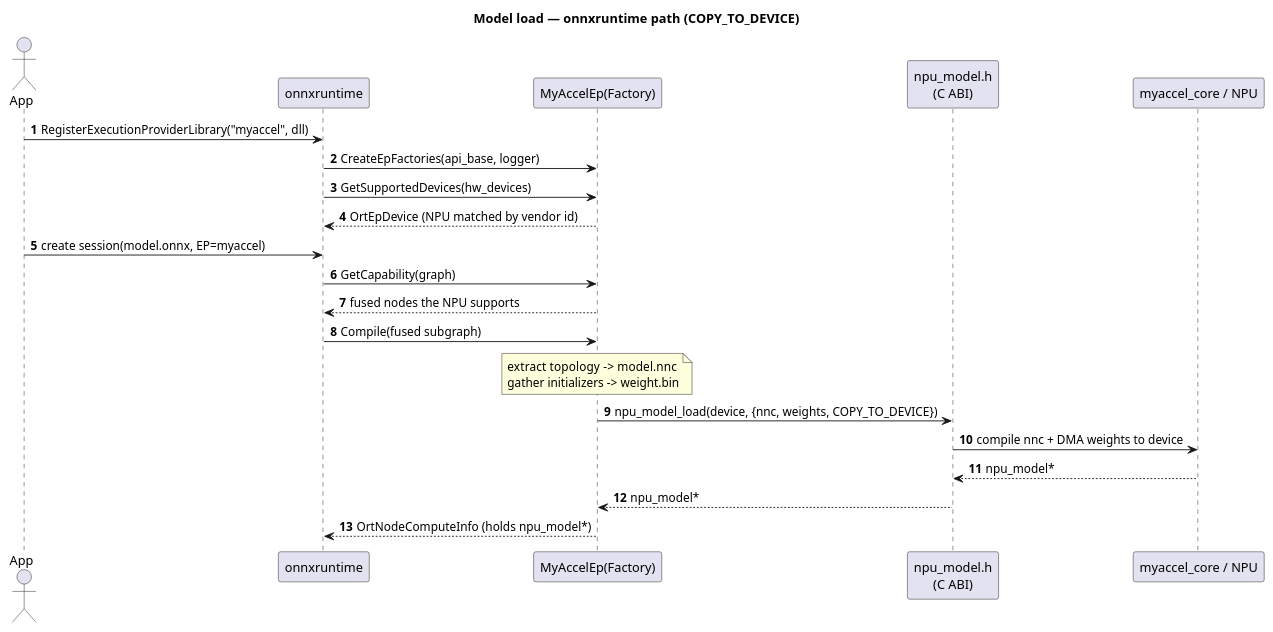
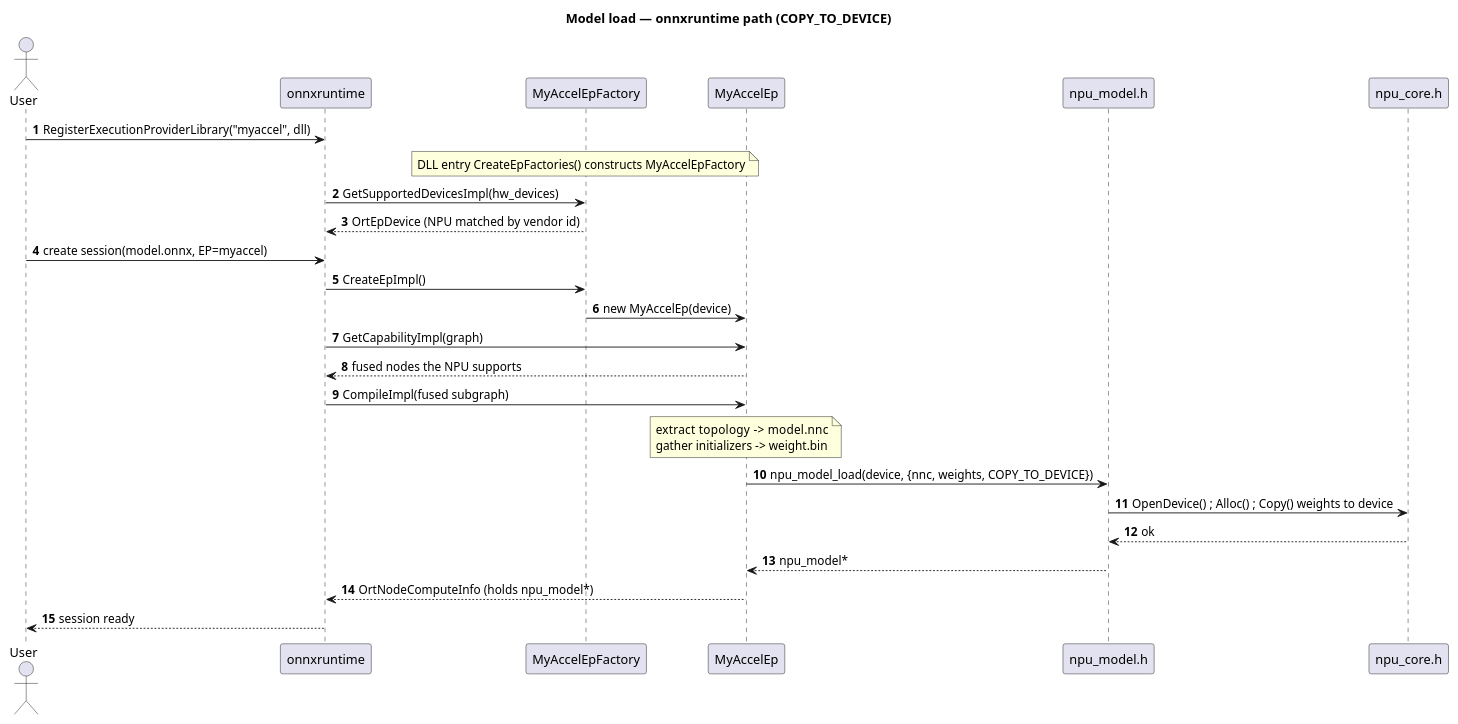
One commit to froginaz/onnxruntime changed the third of 6 diagrams in shared_backend/docs/design.puml. Above: the diagram before and after it, drawn with PlantUML. The commit also changed other lines of this file and 1 other file, not shown here.

First line of the commit message:
Refine sequence diagrams: user-initiated, class-name participants, matched methods

```diff
--- a/shared_backend/docs/design.puml
+++ b/shared_backend/docs/design.puml
@@ -162,29 +163,33 @@
 @startuml seq_load_ort
 title Model load — onnxruntime path (COPY_TO_DEVICE)
 autonumber
 skinparam shadowing false
 
-actor App
+actor User
 participant "onnxruntime" as ORT
-participant "MyAccelEp(Factory)" as EP
-participant "npu_model.h\n(C ABI)" as API
-participant "myaccel_core / NPU" as Core
+participant MyAccelEpFactory as Factory
+participant MyAccelEp as EP
+participant "npu_model.h" as NpuModel
+participant "npu_core.h" as NpuCore
 
-App -> ORT : RegisterExecutionProviderLibrary("myaccel", dll)
-ORT -> EP : CreateEpFactories(api_base, logger)
-ORT -> EP : GetSupportedDevices(hw_devices)
-EP --> ORT : OrtEpDevice (NPU matched by vendor id)
-App -> ORT : create session(model.onnx, EP=myaccel)
-ORT -> EP : GetCapability(graph)
+User -> ORT : RegisterExecutionProviderLibrary("myaccel", dll)
+note over Factory : DLL entry CreateEpFactories() constructs MyAccelEpFactory
+ORT -> Factory : GetSupportedDevicesImpl(hw_devices)
+Factory --> ORT : OrtEpDevice (NPU matched by vendor id)
+User -> ORT : create session(model.onnx, EP=myaccel)
+ORT -> Factory : CreateEpImpl()
+Factory -> EP : new MyAccelEp(device)
+ORT -> EP : GetCapabilityImpl(graph)
 EP --> ORT : fused nodes the NPU supports
-ORT -> EP : Compile(fused subgraph)
+ORT -> EP : CompileImpl(fused subgraph)
 note over EP
-  extract topology  -> model.nnc
+  extract topology   -> model.nnc
   gather initializers -> weight.bin
 end note
-EP -> API : npu_model_load(device, {nnc, weights, COPY_TO_DEVICE})
-API -> Core : compile nnc + DMA weights to device
-Core --> API : npu_model*
-API --> EP : npu_model*
+EP -> NpuModel : npu_model_load(device, {nnc, weights, COPY_TO_DEVICE})
+NpuModel -> NpuCore : OpenDevice() ; Alloc() ; Copy() weights to device
+NpuCore --> NpuModel : ok
+NpuModel --> EP : npu_model*
 EP --> ORT : OrtNodeComputeInfo (holds npu_model*)
+ORT --> User : session ready
 @enduml
```
